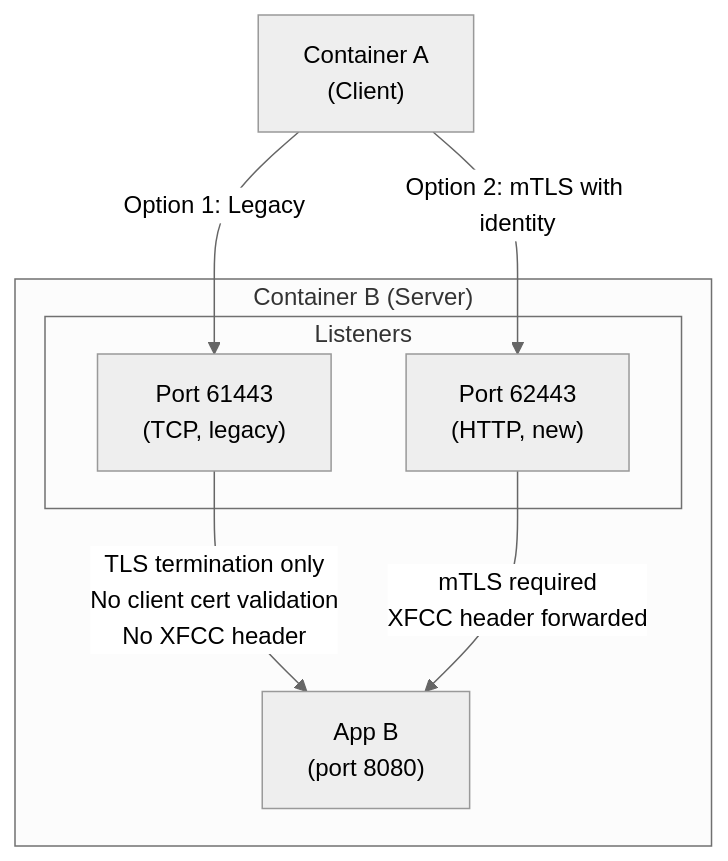
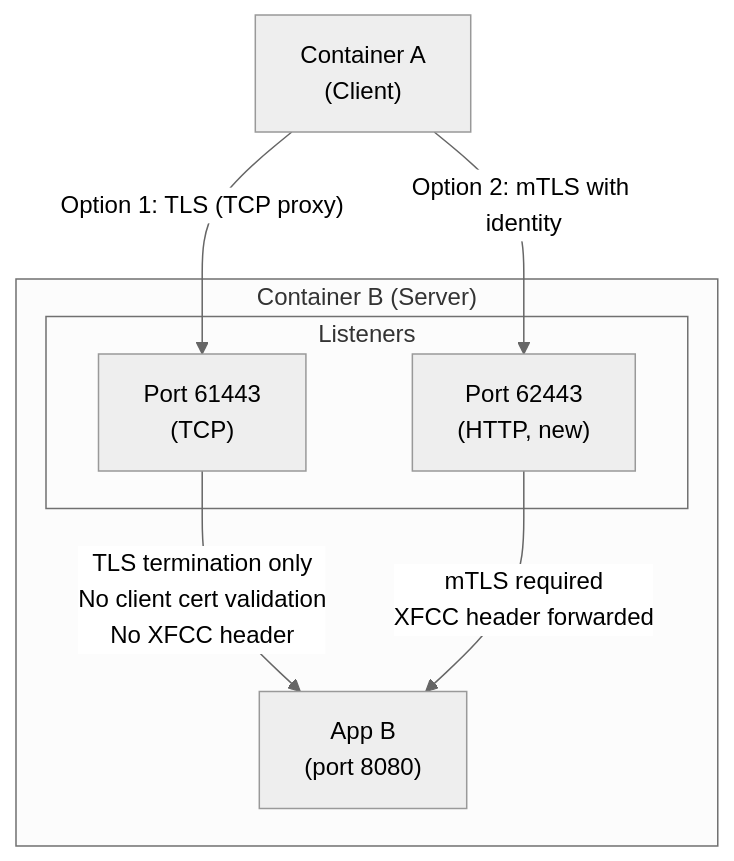
The second of 4 diagrams in toc/rfc/rfc-draft-diego-c2c-mtls.md (cloudfoundry/community), drawn with Mermaid (neutral theme) before and after one commit. The commit also changed other lines of this file, not shown here.

First line of the commit message:
Replace line breaks in mermaid diagrams

````diff
--- a/toc/rfc/rfc-draft-diego-c2c-mtls.md
+++ b/toc/rfc/rfc-draft-diego-c2c-mtls.md
@@ -94,16 +98,16 @@
 ```mermaid
 flowchart TB
     subgraph ContainerB["Container B (Server)"]
         subgraph Listeners
-            L61443["Port 61443\n(TCP, legacy)"]
-            L62443["Port 62443\n(HTTP, new)"]
+            L61443["Port 61443<br/>(TCP)"]
+            L62443["Port 62443<br/>(HTTP, new)"]
         end
-        AppB["App B\n(port 8080)"]
+        AppB["App B<br/>(port 8080)"]
         
-        L61443 -->|"TLS termination only\nNo client cert validation\nNo XFCC header"| AppB
-        L62443 -->|"mTLS required\nXFCC header forwarded"| AppB
+        L61443 -->|"TLS termination only<br/>No client cert validation<br/>No XFCC header"| AppB
+        L62443 -->|"mTLS required<br/>XFCC header forwarded"| AppB
     end
     
-    ClientA["Container A\n(Client)"] -->|"Option 1: Legacy"| L61443
+    ClientA["Container A<br/>(Client)"] -->|"Option 1: TLS (TCP proxy)"| L61443
     ClientA -->|"Option 2: mTLS with identity"| L62443
 ```
````
